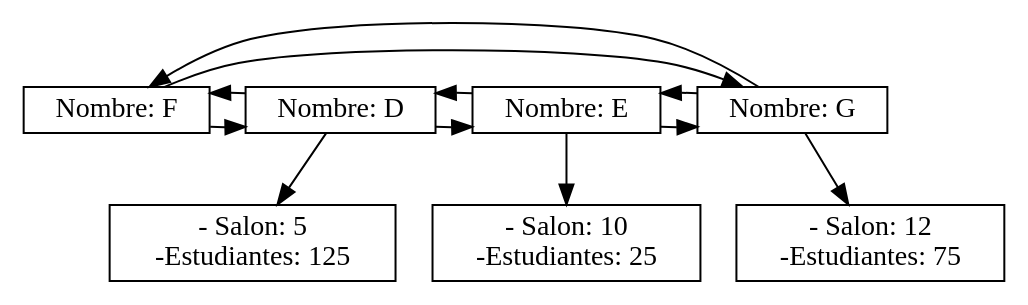
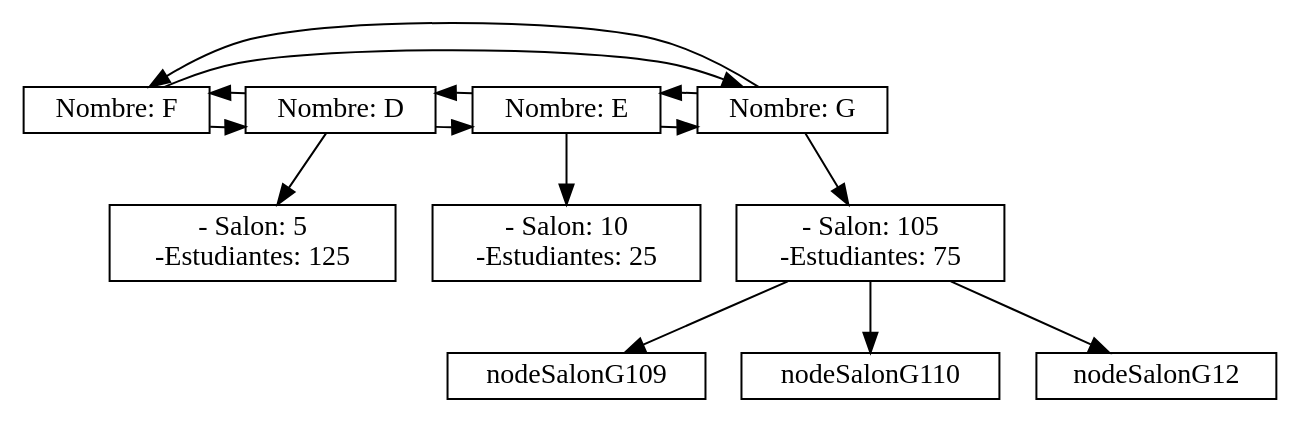
One commit to cresb-49/PROYECTO_FINAL_EDD changed the diagram in Sistema_Asignacion/EdificiosSalones.dot. Above: the diagram before and after it, drawn with Graphviz. The commit also changed 12 other files, not shown here.

```diff
--- a/Sistema_Asignacion/EdificiosSalones.dot
+++ b/Sistema_Asignacion/EdificiosSalones.dot
@@ -1,36 +1,42 @@
 digraph USUARIOS {
 node[shape = box,height=.1];
 
 nodeLC_EDIFICIOF[label = "Nombre: F",group=1];
 nodeLC_EDIFICIOD[label = "Nombre: D",group=1];
 nodeLC_EDIFICIOE[label = "Nombre: E",group=1];
 nodeLC_EDIFICIOG[label = "Nombre: G",group=1];
 { rank = same;
 nodeLC_EDIFICIOF;
 nodeLC_EDIFICIOD;
 nodeLC_EDIFICIOE;
 nodeLC_EDIFICIOG;
 }
 nodeLC_EDIFICIOF -> nodeLC_EDIFICIOD;
 nodeLC_EDIFICIOF -> nodeLC_EDIFICIOG;
 nodeLC_EDIFICIOD -> nodeLC_EDIFICIOE;
 nodeLC_EDIFICIOD -> nodeLC_EDIFICIOF;
 nodeLC_EDIFICIOE -> nodeLC_EDIFICIOG;
 nodeLC_EDIFICIOE -> nodeLC_EDIFICIOD;
 nodeLC_EDIFICIOG -> nodeLC_EDIFICIOF;
 nodeLC_EDIFICIOG -> nodeLC_EDIFICIOE;
 subgraph{
-nodeSalonG12[label="- Salon: 12\n-Estudiantes: 75"];
-nodeLC_EDIFICIOG -> nodeSalonG12;
+nodeSalonG105[label="- Salon: 105\n-Estudiantes: 75"];
+nodeSalonG105[label="- Salon: 105\n-Estudiantes: 75"];
+nodeSalonG105[label="- Salon: 105\n-Estudiantes: 75"];
+nodeSalonG105[label="- Salon: 105\n-Estudiantes: 75"];
+nodeLC_EDIFICIOG -> nodeSalonG105;
+nodeSalonG105 -> nodeSalonG109
+nodeSalonG105 -> nodeSalonG110
+nodeSalonG105 -> nodeSalonG12
 }
 subgraph{
 nodeSalonE10[label="- Salon: 10\n-Estudiantes: 25"];
 nodeLC_EDIFICIOE -> nodeSalonE10;
 }
 subgraph{
 nodeSalonD5[label="- Salon: 5\n-Estudiantes: 125"];
 nodeLC_EDIFICIOD -> nodeSalonD5;
 }
 subgraph{
 }
 }
```
